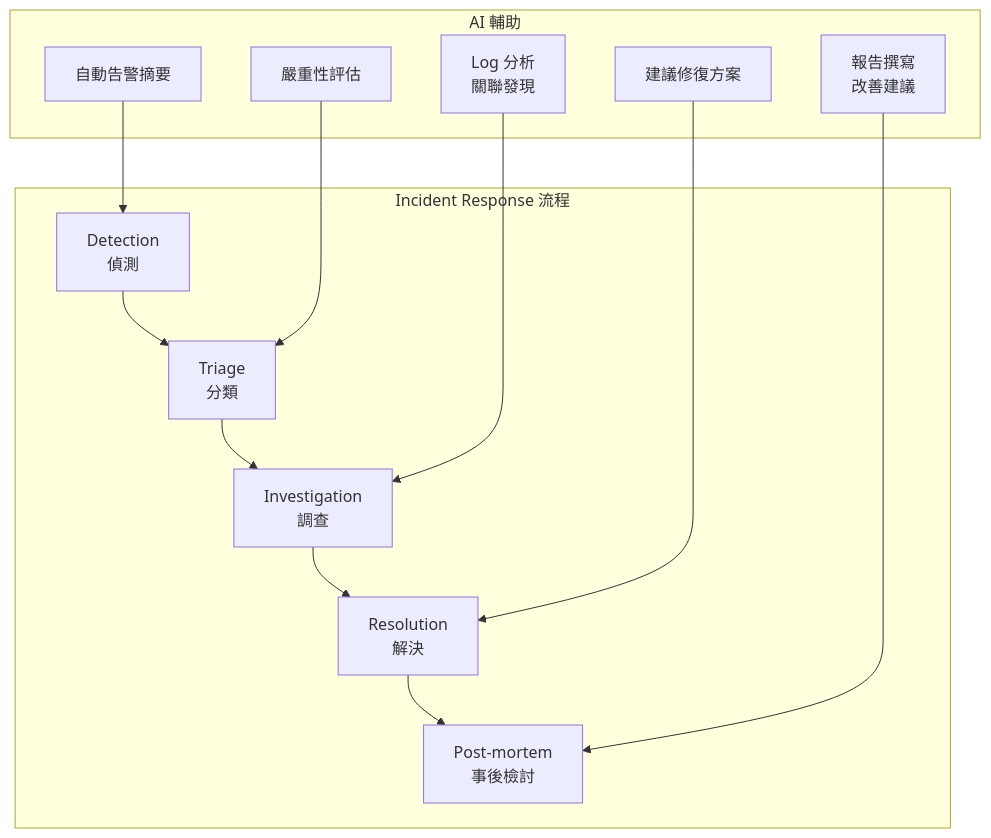
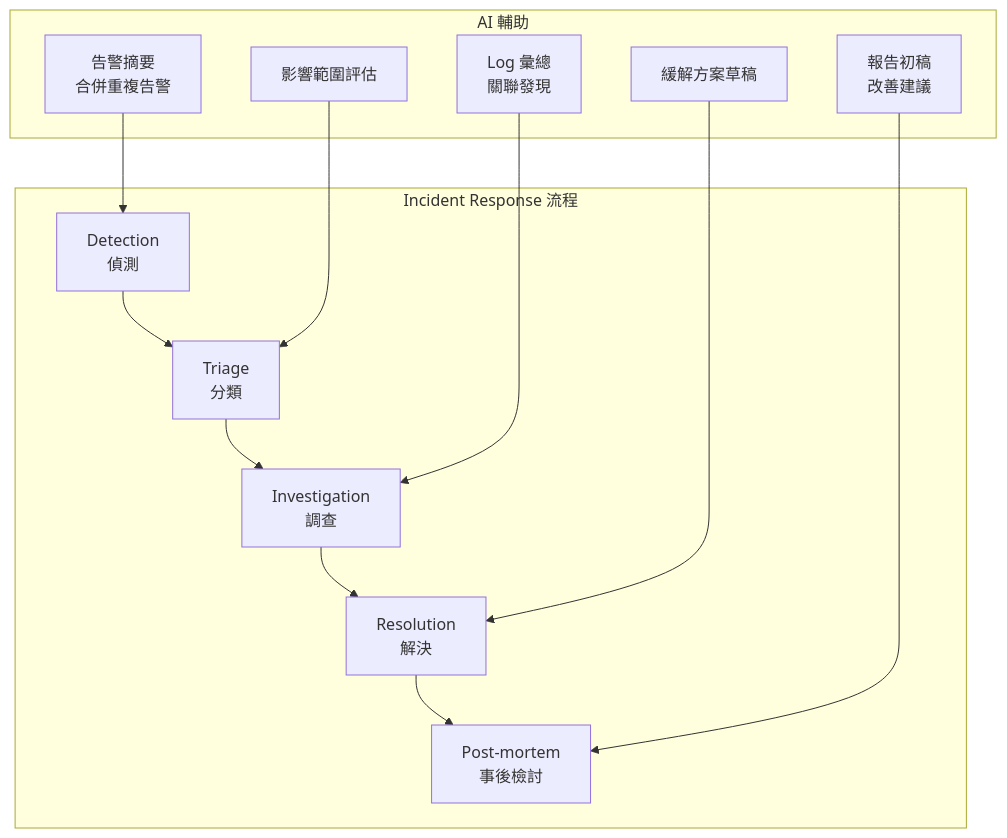
Diagram 16 of 19 in content/posts/教學/工具/Logs Visualization教學手冊.md (chihhung/Blog), drawn with Mermaid before and after one commit. The commit also changed other lines of this file and 8 other files, not shown here.

````diff
--- a/content/posts/教學/工具/Logs Visualization教學手冊.md
+++ b/content/posts/教學/工具/Logs Visualization教學手冊.md
@@ -1772,17 +2834,17 @@
 ```mermaid
 graph TB
     subgraph "Incident Response 流程"
         D[Detection<br/>偵測] --> T[Triage<br/>分類]
         T --> I[Investigation<br/>調查]
         I --> R[Resolution<br/>解決]
         R --> P[Post-mortem<br/>事後檢討]
     end
-    
+
     subgraph "AI 輔助"
-        A1[自動告警摘要] --> D
-        A2[嚴重性評估] --> T
-        A3[Log 分析<br/>關聯發現] --> I
-        A4[建議修復方案] --> R
-        A5[報告撰寫<br/>改善建議] --> P
+        A1[告警摘要<br/>合併重複告警] --> D
+        A2[影響範圍評估] --> T
+        A3[Log 彙總<br/>關聯發現] --> I
+        A4[緩解方案草稿] --> R
+        A5[報告初稿<br/>改善建議] --> P
     end
 ```
````
